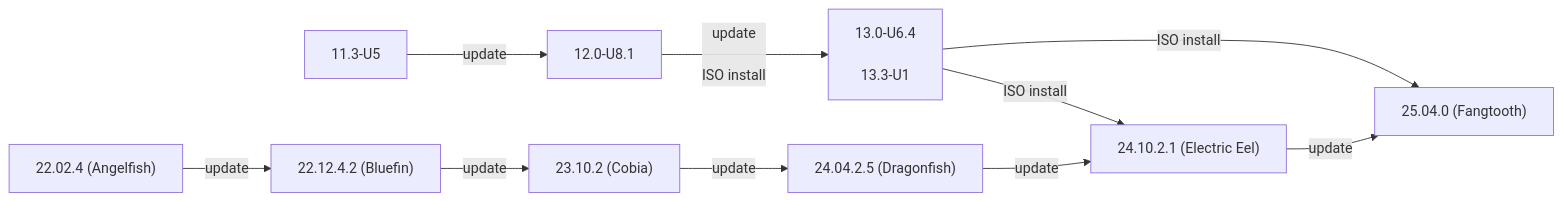
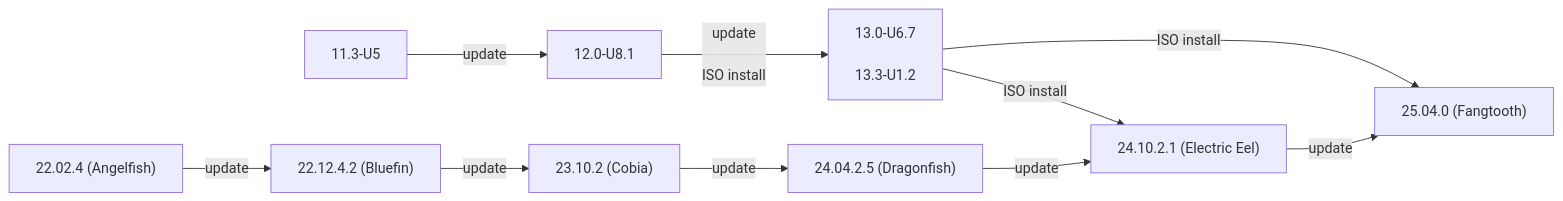
One commit to truenas/documentation changed the first of 2 diagrams in static/includes/SCALEUpgradePaths.md. Above: the diagram before and after it, drawn with Mermaid. The commit also changed other lines of this file and 5 other files, not shown here.

```diff
--- a/static/includes/SCALEUpgradePaths.md
+++ b/static/includes/SCALEUpgradePaths.md
@@ -67,13 +67,13 @@
           {{< mermaid class="mermaid_sizing" >}}
           flowchart LR
             A["11.3-U5"] -->|update| B["12.0-U8.1"]
-            B -->|"update<br><br>ISO install"| C["13.0-U6.4<br><br>13.3-U1"]
+            B -->|"update<br><br>ISO install"| C["13.0-U6.7<br><br>13.3-U1.2"]
             C -->|ISO install| H
             C -->|ISO install| I
             D["22.02.4 (Angelfish)"] -->|update| E
             E["22.12.4.2 (Bluefin)"] -->|update| F
             F["23.10.2 (Cobia)"] -->|update| G
             G["24.04.2.5 (Dragonfish)"] -->|update| H
             H["24.10.2.1 (Electric Eel)"] -->|update| I
             I["25.04.0 (Fangtooth)"]
           {{< /mermaid >}}
```
